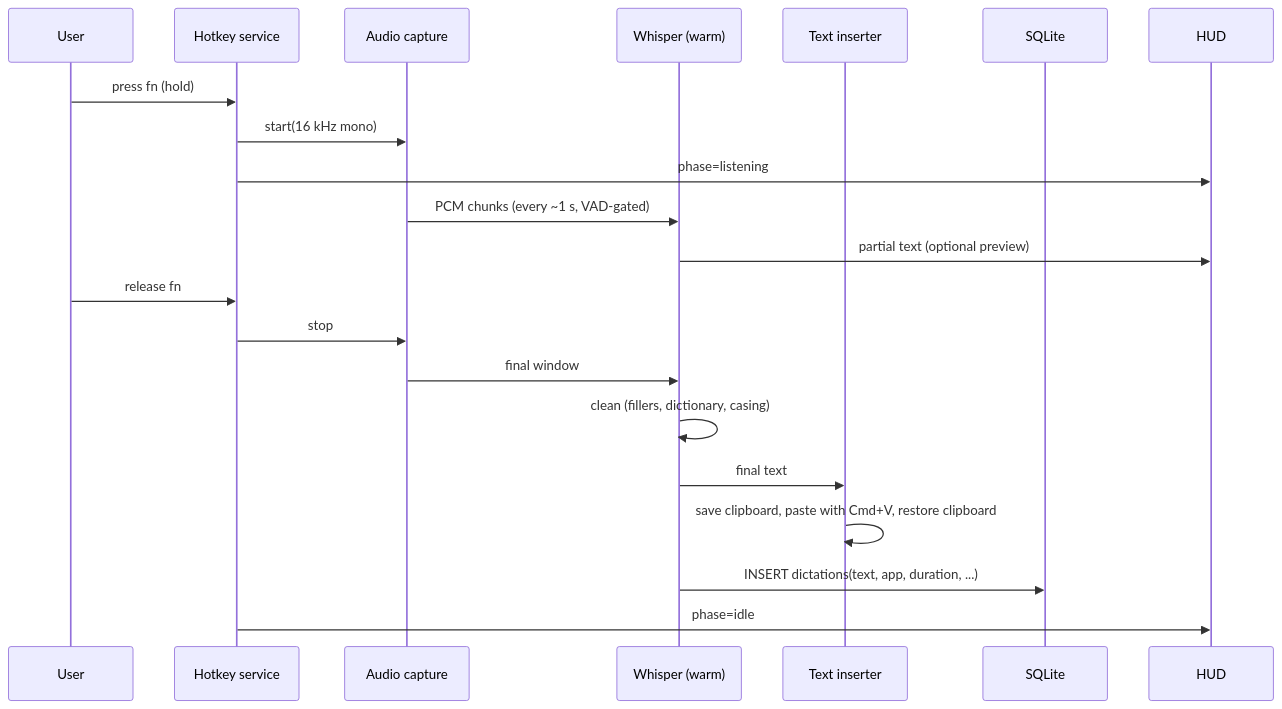
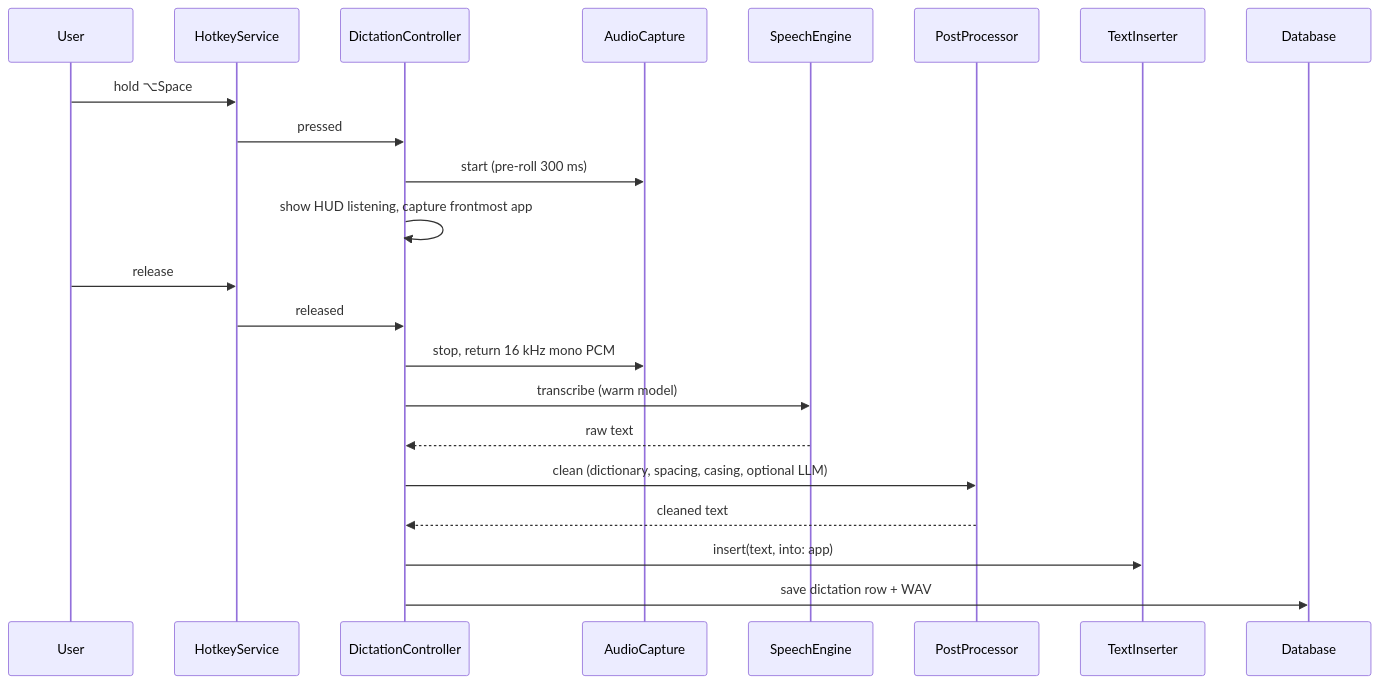
One commit to CinematicGenius007/minutae changed the second of 2 diagrams in docs/ARCHITECTURE.md. Above: the diagram before and after it, drawn with Mermaid. The commit also changed other lines of this file and 3 other files, not shown here.

Commit message:
docs: rewrite architecture and tasks for native Swift, add SPIKE-01 results

````diff
--- a/docs/ARCHITECTURE.md
+++ b/docs/ARCHITECTURE.md
@@ -170,23 +168,24 @@
 ```mermaid
 sequenceDiagram
   participant U as User
-  participant H as Hotkey service
-  participant C as Audio capture
-  participant W as Whisper (warm)
-  participant I as Text inserter
-  participant D as SQLite
-  participant V as HUD
-  U->>H: press fn (hold)
-  H->>C: start(16 kHz mono)
-  H->>V: phase=listening
-  C->>W: PCM chunks (every ~1 s, VAD-gated)
-  W->>V: partial text (optional preview)
-  U->>H: release fn
-  H->>C: stop
-  C->>W: final window
-  W->>W: clean (fillers, dictionary, casing)
-  W->>I: final text
-  I->>I: save clipboard, paste with Cmd+V, restore clipboard
-  W->>D: INSERT dictations(text, app, duration, ...)
-  H->>V: phase=idle
+  participant H as HotkeyService
+  participant D as DictationController
+  participant A as AudioCapture
+  participant S as SpeechEngine
+  participant P as PostProcessor
+  participant I as TextInserter
+  participant DB as Database
+  U->>H: hold ⌥Space
+  H->>D: pressed
+  D->>A: start (pre-roll 300 ms)
+  D->>D: show HUD listening, capture frontmost app
+  U->>H: release
+  H->>D: released
+  D->>A: stop, return 16 kHz mono PCM
+  D->>S: transcribe (warm model)
+  S-->>D: raw text
+  D->>P: clean (dictionary, spacing, casing, optional LLM)
+  P-->>D: cleaned text
+  D->>I: insert(text, into: app)
+  D->>DB: save dictation row + WAV
 ```
````
